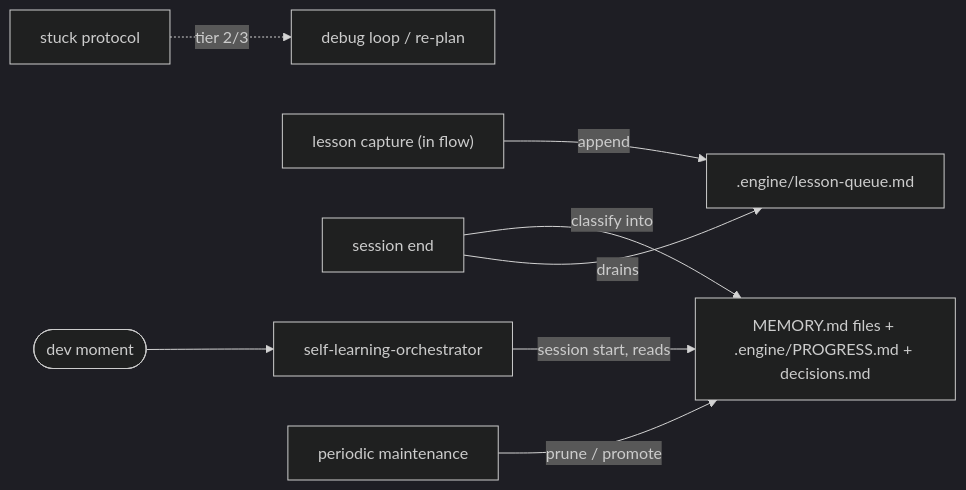
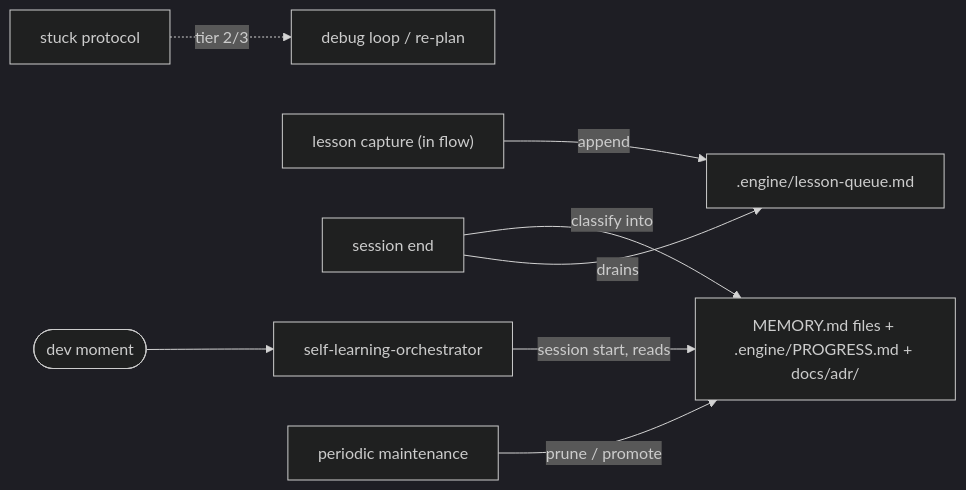
One commit to Tolkoton/claude-cli-config changed the second of 2 diagrams in .claude/README.md. Above: the diagram before and after it, drawn with Mermaid (dark theme). The commit also changed other lines of this file and 12 other files, not shown here.

First line of the commit message:
simplify: the memory skill names the files the engine really keeps — ADRs in docs/adr/, project memory in .engine/overseer/MEMORY.md

````diff
--- a/.claude/README.md
+++ b/.claude/README.md
@@ -139,10 +139,10 @@
 ```mermaid
 flowchart LR
   moment([dev moment]) --> SLO[self-learning-orchestrator]
-  SLO -->|session start, reads| MEM["MEMORY.md files + .engine/PROGRESS.md + decisions.md"]
+  SLO -->|session start, reads| MEM["MEMORY.md files + .engine/PROGRESS.md + docs/adr/"]
   LES["lesson capture (in flow)"] -->|append| LQ[".engine/lesson-queue.md"]
   WRAP["session end"] -->|drains| LQ
   WRAP -->|classify into| MEM
   STK["stuck protocol"] -.->|tier 2/3| dbg[debug loop / re-plan]
   MM["periodic maintenance"] -->|prune / promote| MEM
 ```
````
